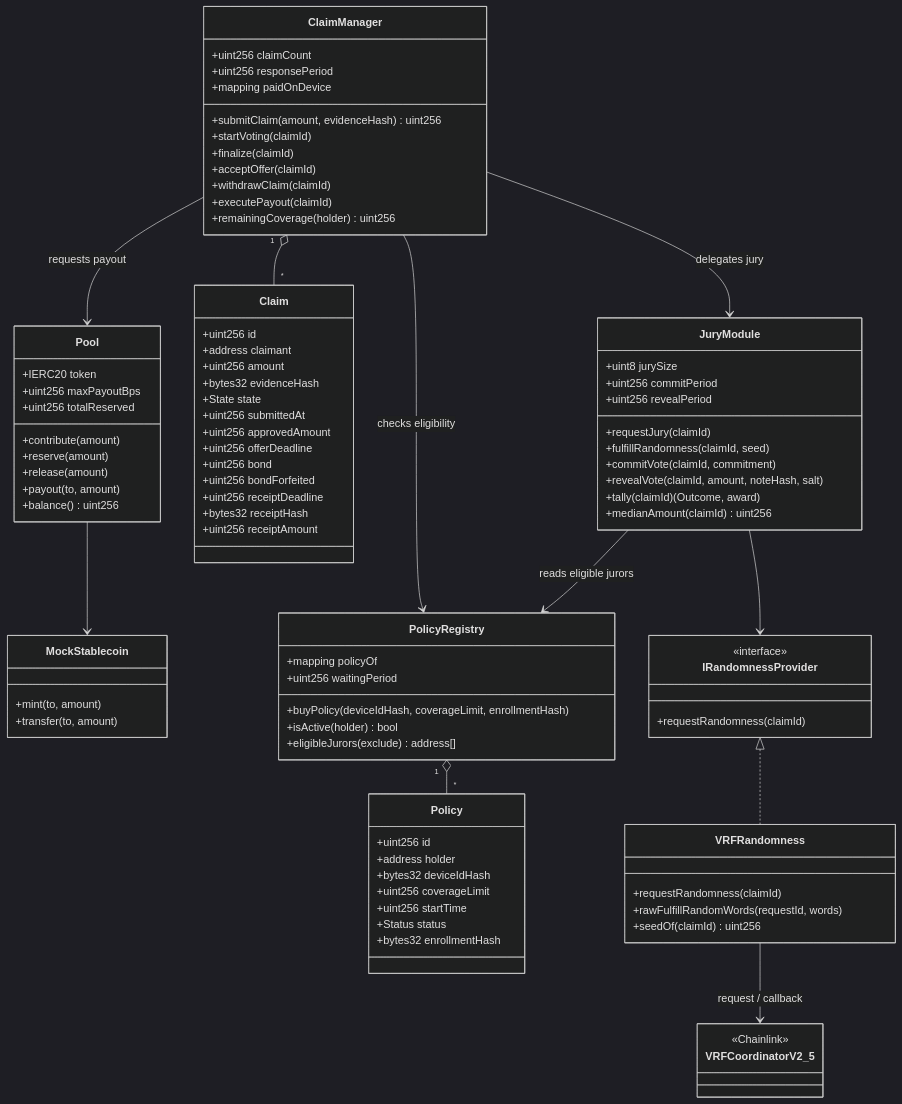
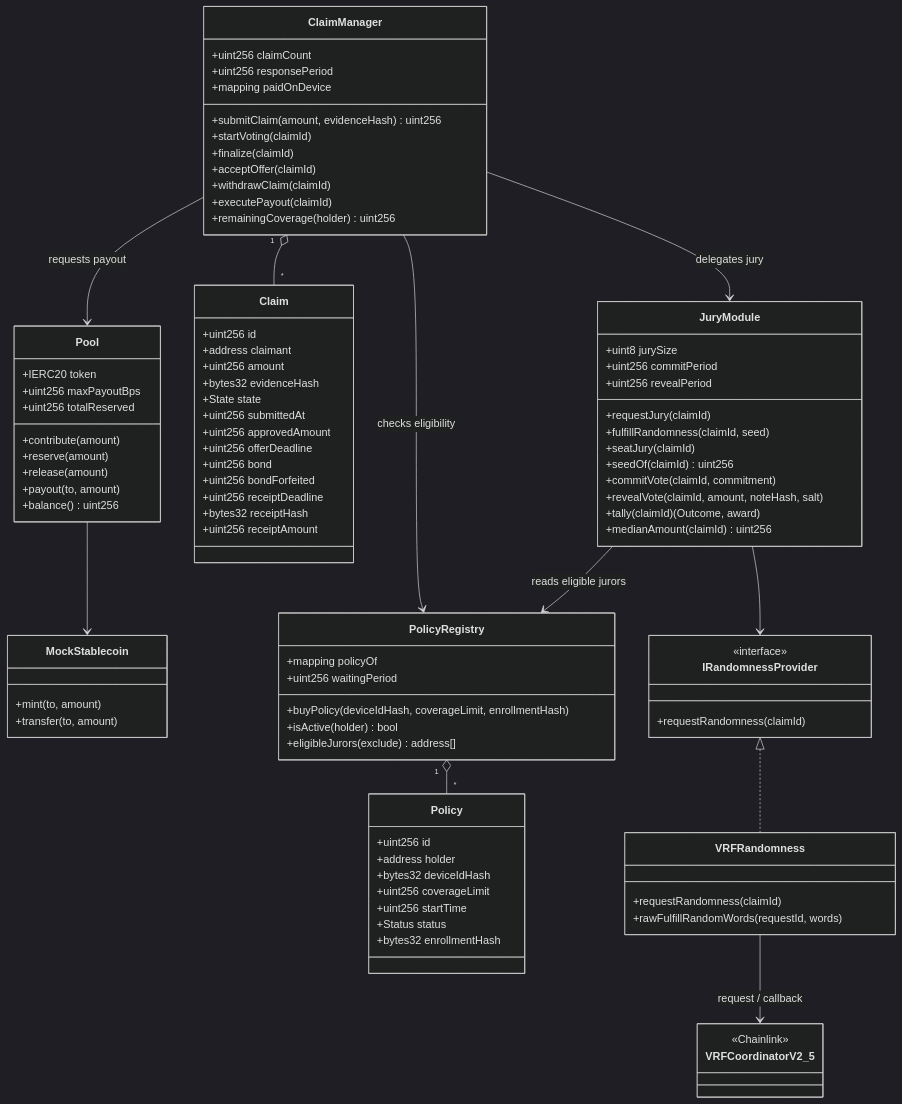
The second of 5 diagrams in docs/design-doc.md (StephanieNgu/trust-pool), drawn with Mermaid (dark theme) before and after one commit. The commit also changed other lines of this file and 21 other files, not shown here.

```diff
--- a/docs/design-doc.md
+++ b/docs/design-doc.md
@@ -136,6 +136,8 @@
         +uint256 revealPeriod
         +requestJury(claimId)
         +fulfillRandomness(claimId, seed)
+        +seatJury(claimId)
+        +seedOf(claimId) uint256
         +commitVote(claimId, commitment)
         +revealVote(claimId, amount, noteHash, salt)
         +tally(claimId) (Outcome, award)
@@ -150,7 +152,6 @@
     class VRFRandomness {
         +requestRandomness(claimId)
         +rawFulfillRandomWords(requestId, words)
-        +seedOf(claimId) uint256
     }
     class VRFCoordinatorV2_5 {
         <<Chainlink>>
```
